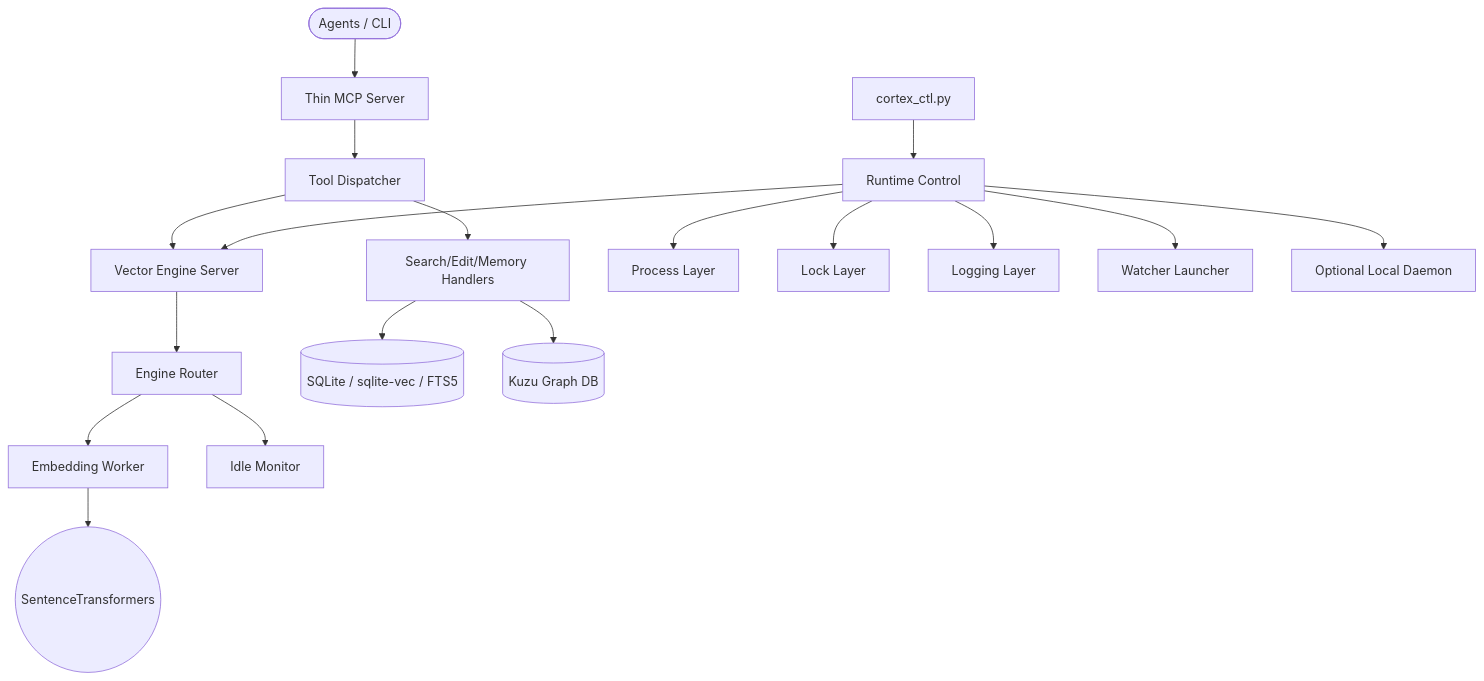
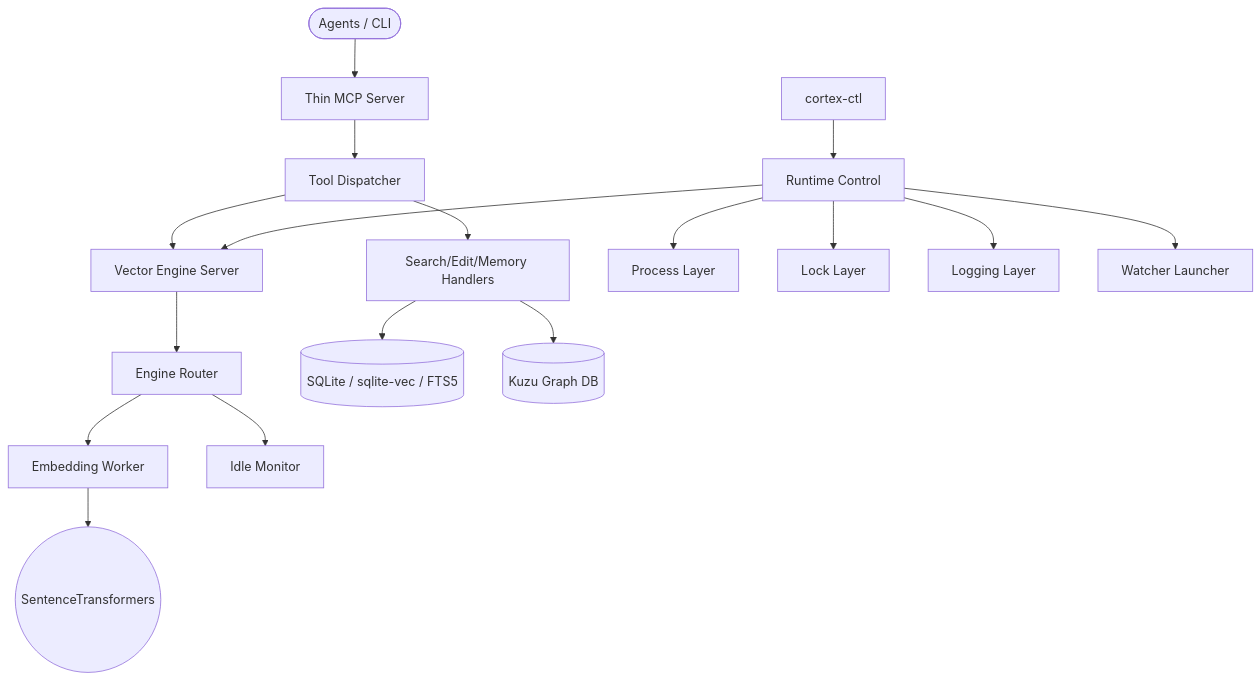
Before and after one commit to kth3/Cortex-Engine: the diagram in README.en.md, drawn with Mermaid. The commit also changed other lines of this file and 4 other files, not shown here.

````diff
--- a/README.en.md
+++ b/README.en.md
@@ -17,20 +15,19 @@
 ```mermaid
 graph TD
     Agent([Agents / CLI]) --> MCP[Thin MCP Server]
     MCP --> Dispatcher[Tool Dispatcher]
     Dispatcher --> Search[Search/Edit/Memory Handlers]
     Dispatcher --> Engine[Vector Engine Server]
     Engine --> Router[Engine Router]
     Router --> Worker[Embedding Worker]
     Router --> Idle[Idle Monitor]
-    CTL[cortex_ctl.py] --> Control[Runtime Control]
+    CTL[cortex-ctl] --> Control[Runtime Control]
     Control --> Process[Process Layer]
     Control --> Lock[Lock Layer]
     Control --> Logs[Logging Layer]
     Control --> Engine
     Control --> Watcher[Watcher Launcher]
-    Control --> LocalDaemon[Optional Local Daemon]
     Search --> DB[(SQLite / sqlite-vec / FTS5)]
     Search --> GDB[(Kuzu Graph DB)]
     Worker --> Model((SentenceTransformers))
 ```
````
